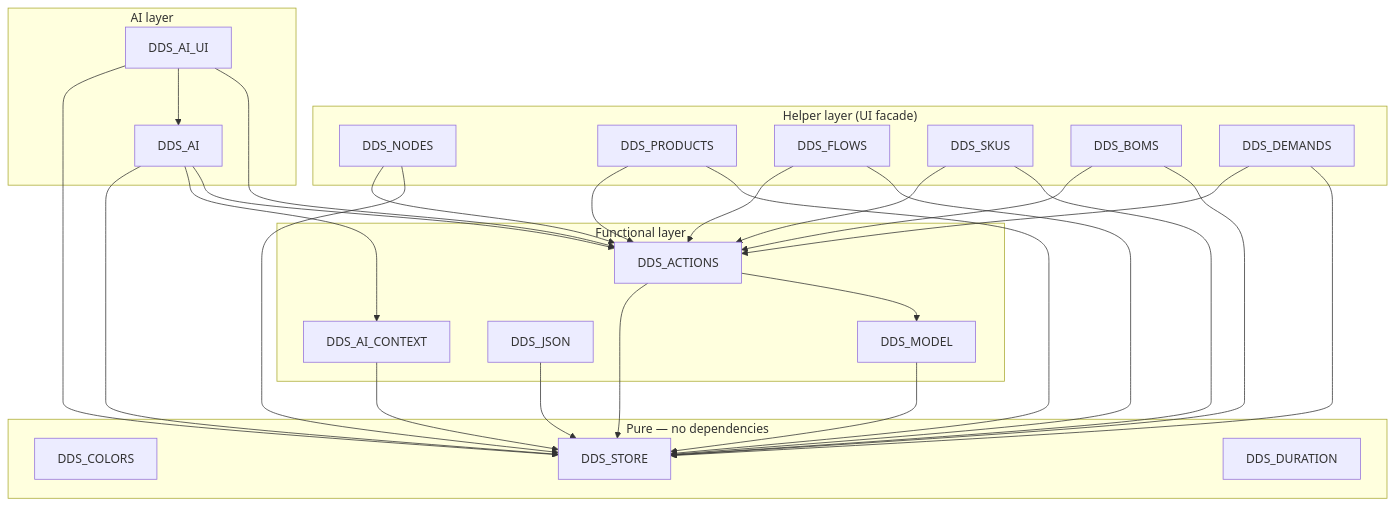
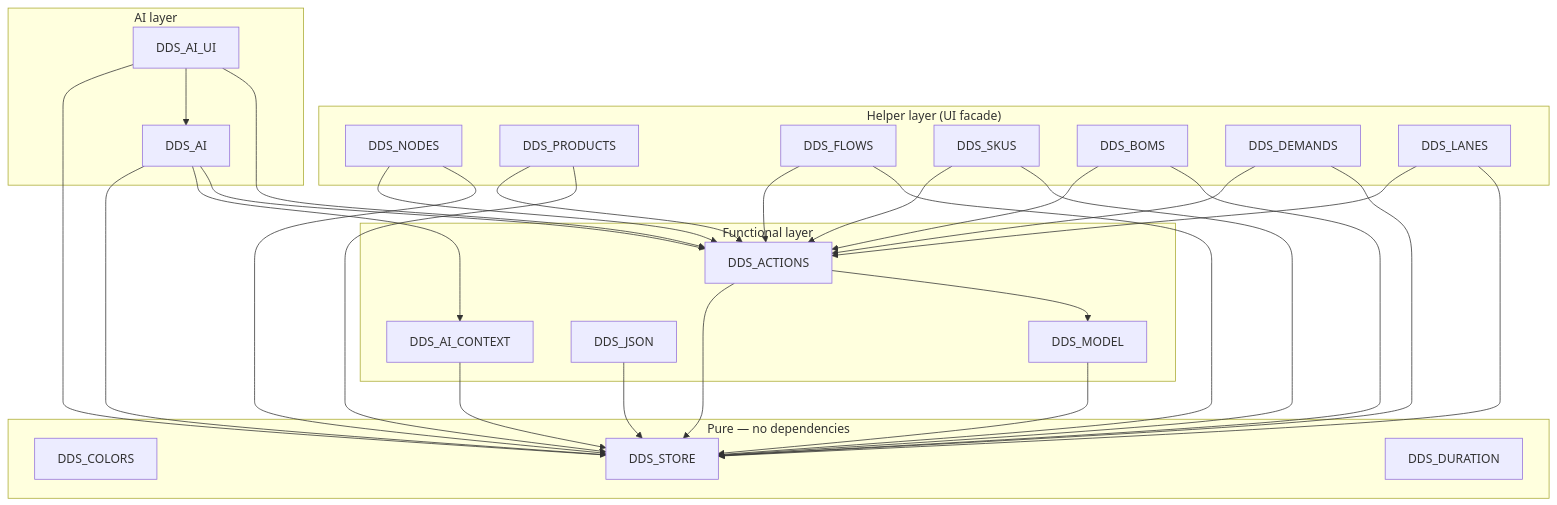
Before and after one commit to rlequette-t4b/ddscope-doc: the diagram in docs/DDScope_Modules.md, drawn with Mermaid. The commit also changed other lines of this file and 1 other file, not shown here.

Commit message:
feat: update Test.json with new nodes and flows, and adjust project name

````diff
--- a/docs/DDScope_Modules.md
+++ b/docs/DDScope_Modules.md
@@ -74,57 +75,60 @@
 ```mermaid
 graph TD
 
   subgraph Pure["Pure — no dependencies"]
     DDS_COLORS
     DDS_STORE
     DDS_DURATION
   end
 
   subgraph Functional["Functional layer"]
     DDS_MODEL
     DDS_ACTIONS
     DDS_JSON
     DDS_AI_CONTEXT
   end
 
   subgraph Helpers["Helper layer (UI facade)"]
     DDS_NODES
     DDS_PRODUCTS
     DDS_FLOWS
     DDS_SKUS
     DDS_BOMS
     DDS_DEMANDS
+    DDS_LANES
   end
 
   subgraph AI["AI layer"]
     DDS_AI
     DDS_AI_UI
   end
 
   DDS_MODEL       --> DDS_STORE
   DDS_ACTIONS     --> DDS_STORE
   DDS_ACTIONS     --> DDS_MODEL
   DDS_JSON        --> DDS_STORE
   DDS_AI_CONTEXT  --> DDS_STORE
 
   DDS_NODES    --> DDS_ACTIONS
   DDS_NODES    --> DDS_STORE
   DDS_PRODUCTS --> DDS_ACTIONS
   DDS_PRODUCTS --> DDS_STORE
   DDS_FLOWS    --> DDS_ACTIONS
   DDS_FLOWS    --> DDS_STORE
   DDS_SKUS     --> DDS_ACTIONS
   DDS_SKUS     --> DDS_STORE
   DDS_BOMS     --> DDS_ACTIONS
   DDS_BOMS     --> DDS_STORE
   DDS_DEMANDS  --> DDS_ACTIONS
   DDS_DEMANDS  --> DDS_STORE
+  DDS_LANES    --> DDS_ACTIONS
+  DDS_LANES    --> DDS_STORE
 
   DDS_AI          --> DDS_STORE
   DDS_AI          --> DDS_AI_CONTEXT
   DDS_AI          --> DDS_ACTIONS
 
   DDS_AI_UI       --> DDS_STORE
   DDS_AI_UI       --> DDS_AI
   DDS_AI_UI       --> DDS_ACTIONS
 ```
````
